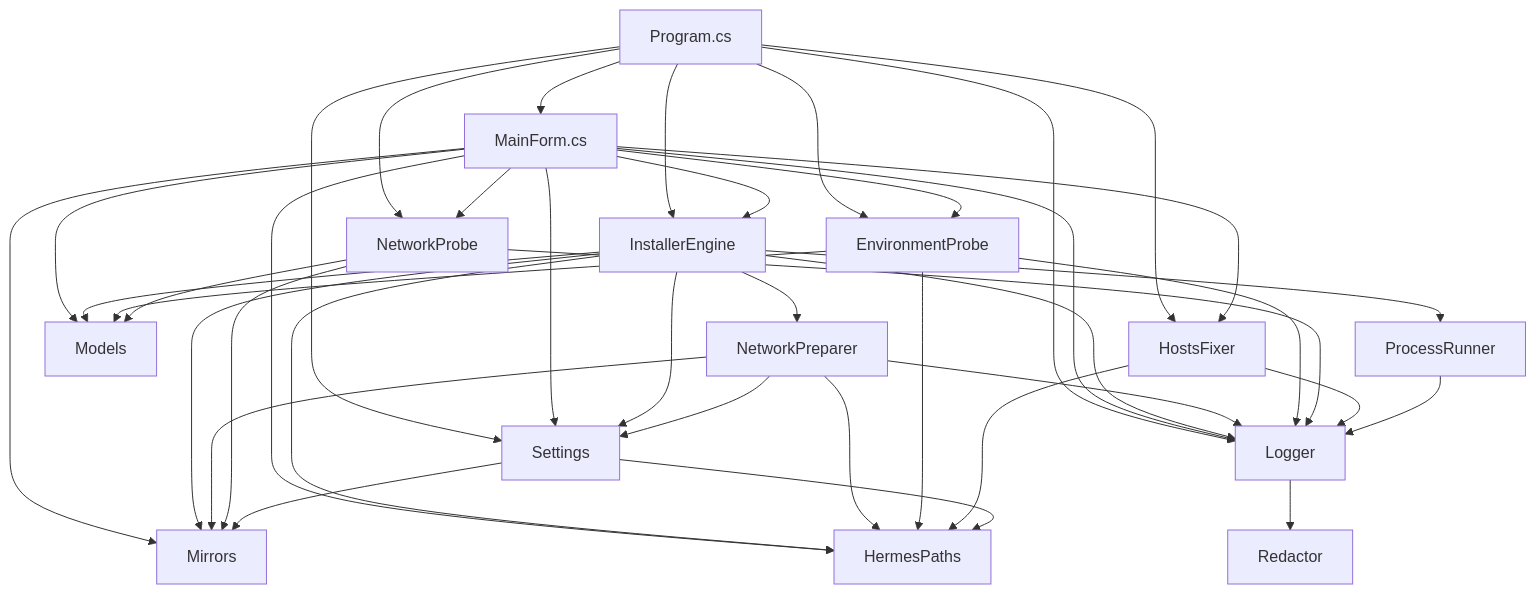
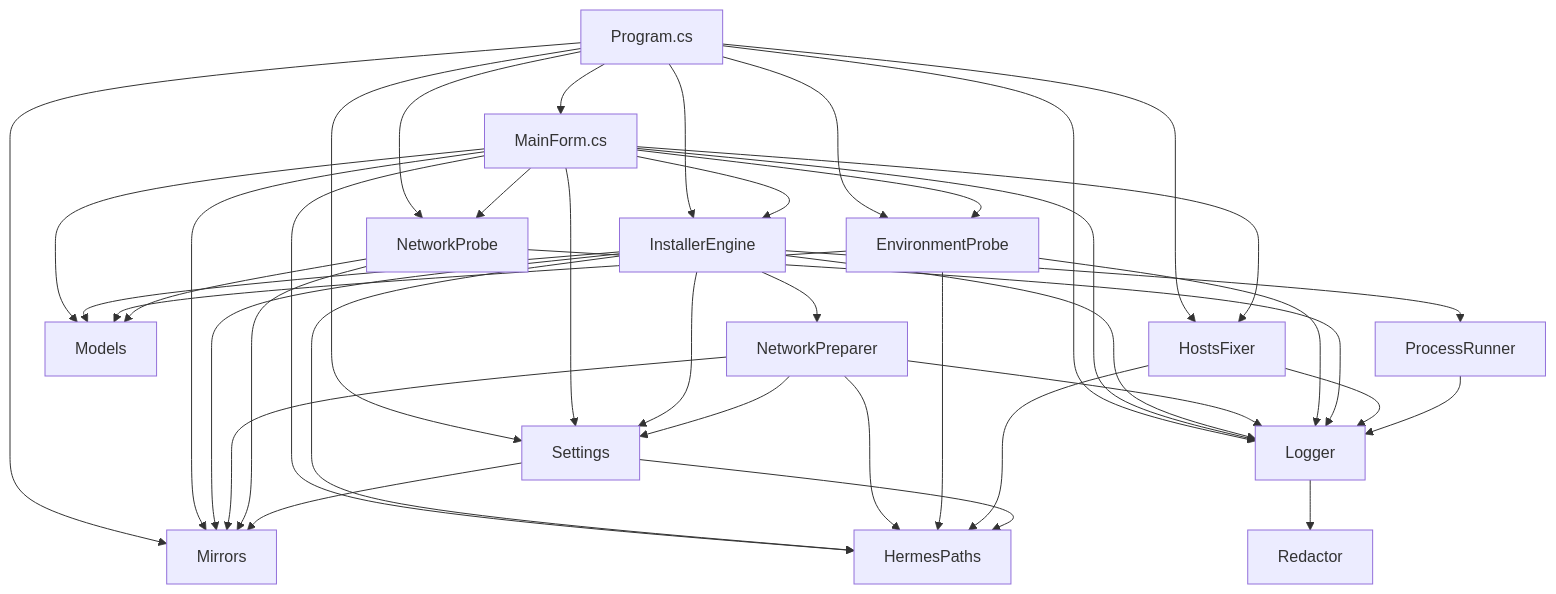
The diagram in AGENTS.md (angellcq/Hermes_Update), drawn with Mermaid before and after one commit. The commit also changed other lines of this file, not shown here.

First line of the commit message:
docs: AGENTS.md 按 codegraph 实测重写技术地图 + 接入 hermes-workflow-kit 工作流段

````diff
--- a/AGENTS.md
+++ b/AGENTS.md
@@ -53,49 +57,50 @@
 ```mermaid
 flowchart TD
     P[Program.cs] --> M[MainForm.cs]
     P --> IE[InstallerEngine]
     P --> EP[EnvironmentProbe]
     P --> NProbe[NetworkProbe]
     P --> HF[HostsFixer]
     P --> ST[Settings]
+    P --> MI[Mirrors]
     P --> LG[Logger]
 
     M --> IE
     M --> EP
     M --> NProbe
     M --> HF
     M --> ST
-    M --> MI[Mirrors]
+    M --> MI
     M --> HP[HermesPaths]
     M --> LG
     M --> MD[Models]
 
     IE --> NP[NetworkPreparer]
     IE --> PR[ProcessRunner]
     IE --> ST
     IE --> MI
     IE --> HP
     IE --> LG
     IE --> MD
 
     NP --> ST
     NP --> MI
     NP --> HP
     NP --> LG
 
     EP --> HP
     EP --> MD
     EP --> LG
 
     NProbe --> MI
     NProbe --> MD
     NProbe --> LG
 
     HF --> HP
     HF --> LG
 
     PR --> LG
     ST --> MI
     ST --> HP
     LG --> RD[Redactor]
 ```
````
